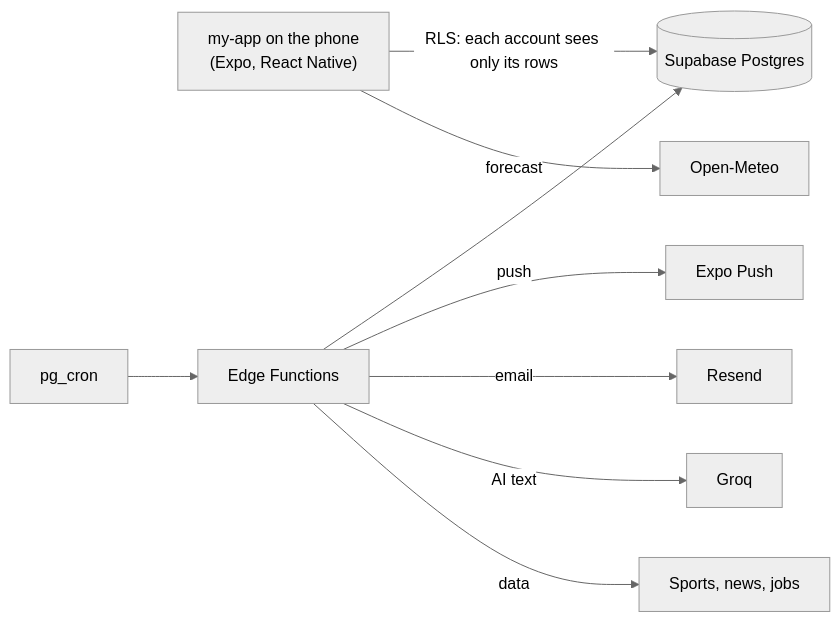
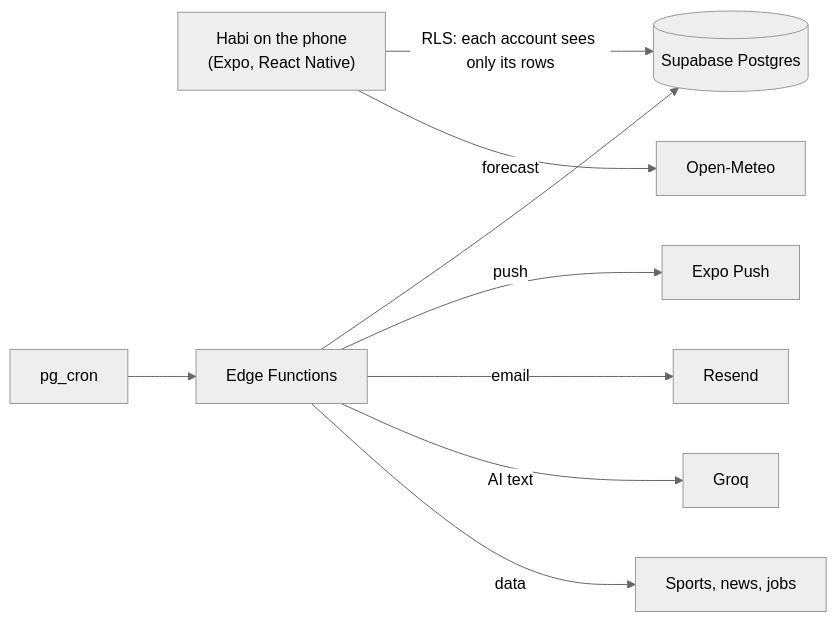
The diagram in README.md (charlitomecarez/habi), drawn with Mermaid (neutral theme) before and after one commit. The commit also changed other lines of this file and 56 other files, not shown here.

First line of the commit message:
feat: rename the app to Habi

````diff
--- a/README.md
+++ b/README.md
@@ -78,11 +78,11 @@
 ```mermaid
 flowchart LR
-  phone["my-app on the phone<br/>(Expo, React Native)"] -- "RLS: each account sees only its rows" --> db[("Supabase Postgres")]
+  phone["Habi on the phone<br/>(Expo, React Native)"] -- "RLS: each account sees only its rows" --> db[("Supabase Postgres")]
   cron["pg_cron"] --> fns["Edge Functions"]
   fns --> db
   fns -- "push" --> expo["Expo Push"]
   fns -- "email" --> resend["Resend"]
   fns -- "AI text" --> groq["Groq"]
   fns -- "data" --> apis["Sports, news, jobs"]
   phone -- "forecast" --> meteo["Open-Meteo"]
 ```
````
